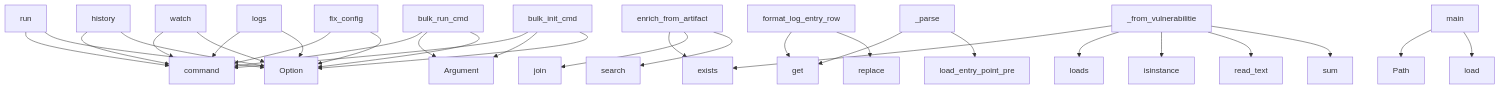
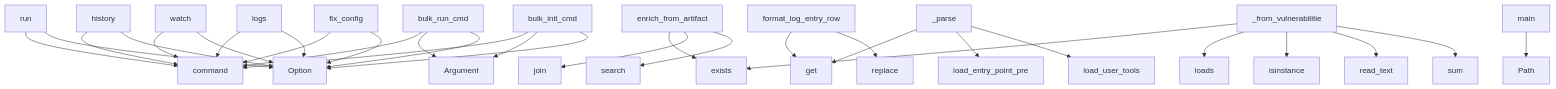
The diagram in project/context.md (semcod/pyqual), drawn with Mermaid before and after one commit. The commit also changed other lines of this file and 33 other files, not shown here.

````diff
--- a/project/context.md
+++ b/project/context.md
@@ -522,33 +525,33 @@
 ```mermaid
 graph TD
     run --> command
     run --> Option
     history --> command
     history --> Option
     watch --> command
     watch --> Option
     bulk_run_cmd --> command
     bulk_run_cmd --> Argument
     bulk_run_cmd --> Option
     logs --> command
     logs --> Option
     enrich_from_artifact --> exists
     enrich_from_artifact --> join
     enrich_from_artifact --> search
     fix_config --> command
     fix_config --> Option
     format_log_entry_row --> get
     format_log_entry_row --> replace
     _parse --> get
     _parse --> load_entry_point_pre
+    _parse --> load_user_tools
     bulk_init_cmd --> command
     bulk_init_cmd --> Argument
     bulk_init_cmd --> Option
     _from_vulnerabilitie --> exists
     _from_vulnerabilitie --> loads
     _from_vulnerabilitie --> isinstance
     _from_vulnerabilitie --> read_text
     _from_vulnerabilitie --> sum
     main --> Path
-    main --> load
 ```
````
